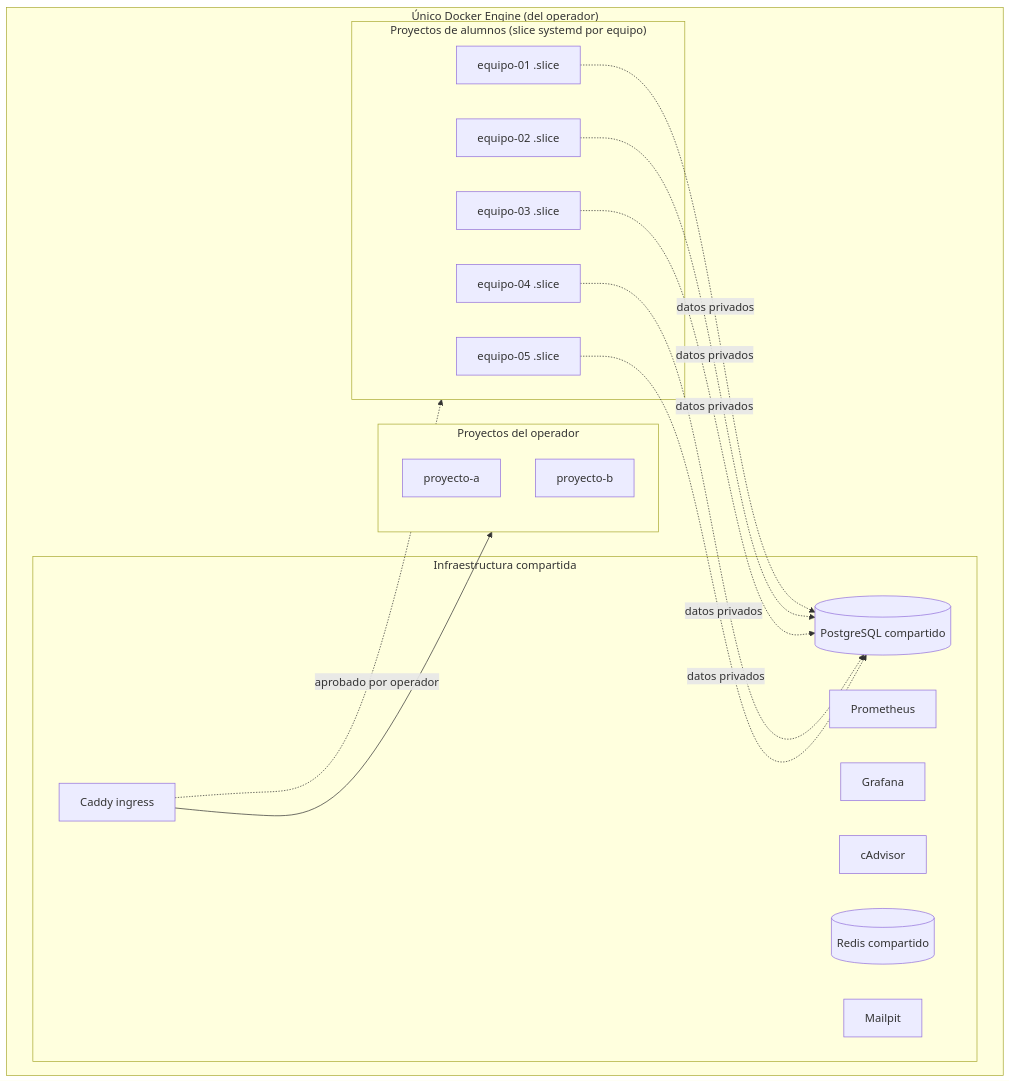
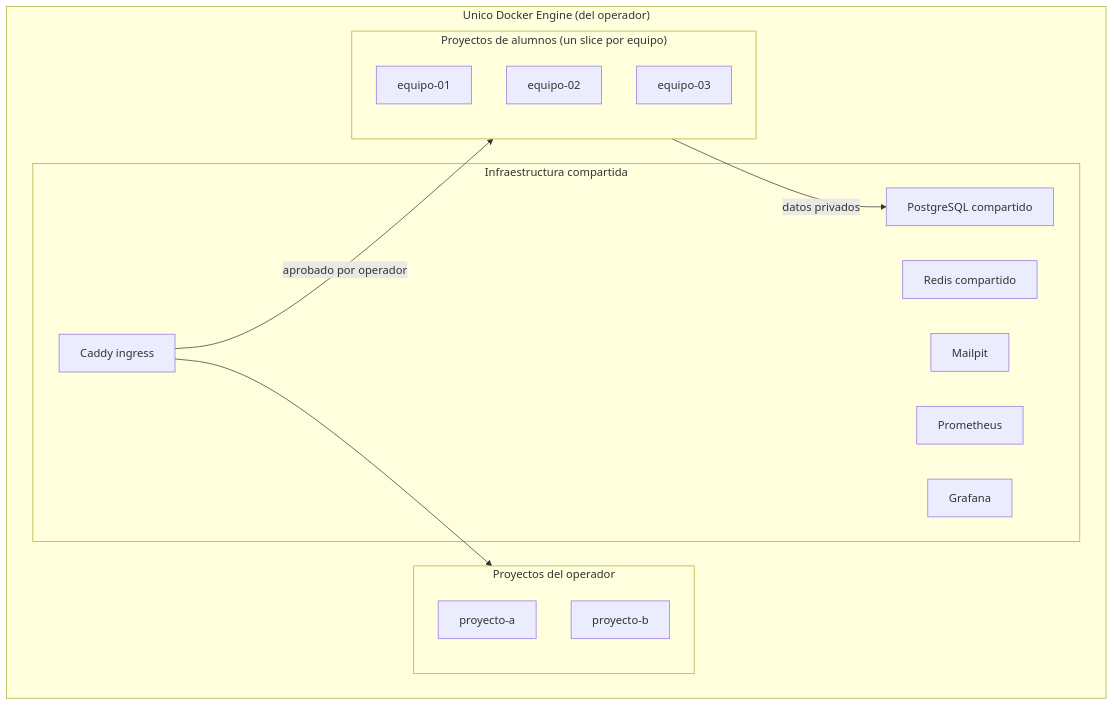
Before and after one commit to resourceldg/homelab: the first of 3 diagrams in docs/classroom-architecture.md, drawn with Mermaid. The commit also changed other lines of this file and 1 other file, not shown here.

Commit message:
docs: beginner-friendly student guide + fix broken Mermaid diagrams (#12)
- Rewrite student-guide.md assuming zero Linux/Docker background: explains SSH,
  pwd/ls/cd, editing with nano, what a compose.yml is line by line, each labctl
  command with expected output, using the shared DB, common errors, a cheat sheet.
- Fix the classroom-architecture.md Mermaid diagrams that failed to render on
  GitHub: replace invalid `.-x` dotted-cross links and `&`-with-labelled-links,
  drop cylinder shapes and special chars (arrows/set-symbols) from sequence text,
  quote node labels. Uses only core, well-supported Mermaid syntax now.

````diff
--- a/docs/classroom-architecture.md
+++ b/docs/classroom-architecture.md
@@ -29,28 +29,25 @@
 ```mermaid
 flowchart TB
-  subgraph ENG["Único Docker Engine (del operador)"]
+  subgraph ENG["Unico Docker Engine (del operador)"]
     subgraph INFRA["Infraestructura compartida"]
-      caddy[Caddy ingress]
-      prom[Prometheus]
-      graf[Grafana]
-      cadv[cAdvisor]
-      pg[(PostgreSQL compartido)]
-      redis[(Redis compartido)]
-      mail[Mailpit]
+      caddy["Caddy ingress"]
+      pg["PostgreSQL compartido"]
+      redis["Redis compartido"]
+      mail["Mailpit"]
+      prom["Prometheus"]
+      graf["Grafana"]
     end
     subgraph MINE["Proyectos del operador"]
-      pa[proyecto-a]
-      pb[proyecto-b]
+      pa["proyecto-a"]
+      pb["proyecto-b"]
     end
-    subgraph CLASS["Proyectos de alumnos (slice systemd por equipo)"]
-      e1["equipo-01 .slice"]
-      e2["equipo-02 .slice"]
-      e3["equipo-03 .slice"]
-      e4["equipo-04 .slice"]
-      e5["equipo-05 .slice"]
+    subgraph CLASS["Proyectos de alumnos (un slice por equipo)"]
+      e1["equipo-01"]
+      e2["equipo-02"]
+      e3["equipo-03"]
     end
   end
   caddy --> MINE
-  caddy -. aprobado por operador .-> CLASS
-  e1 & e2 & e3 & e4 & e5 -. datos privados .-> pg
+  caddy -->|aprobado por operador| CLASS
+  CLASS -->|datos privados| pg
 ```
````
